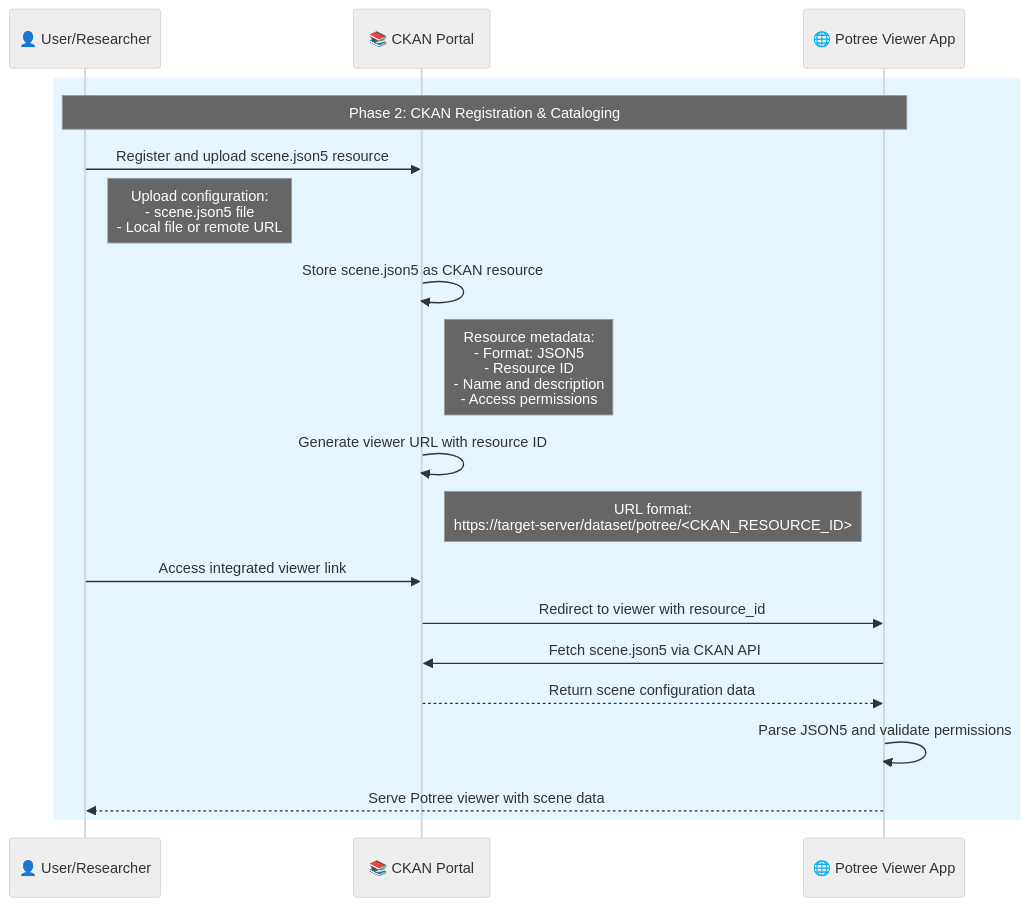
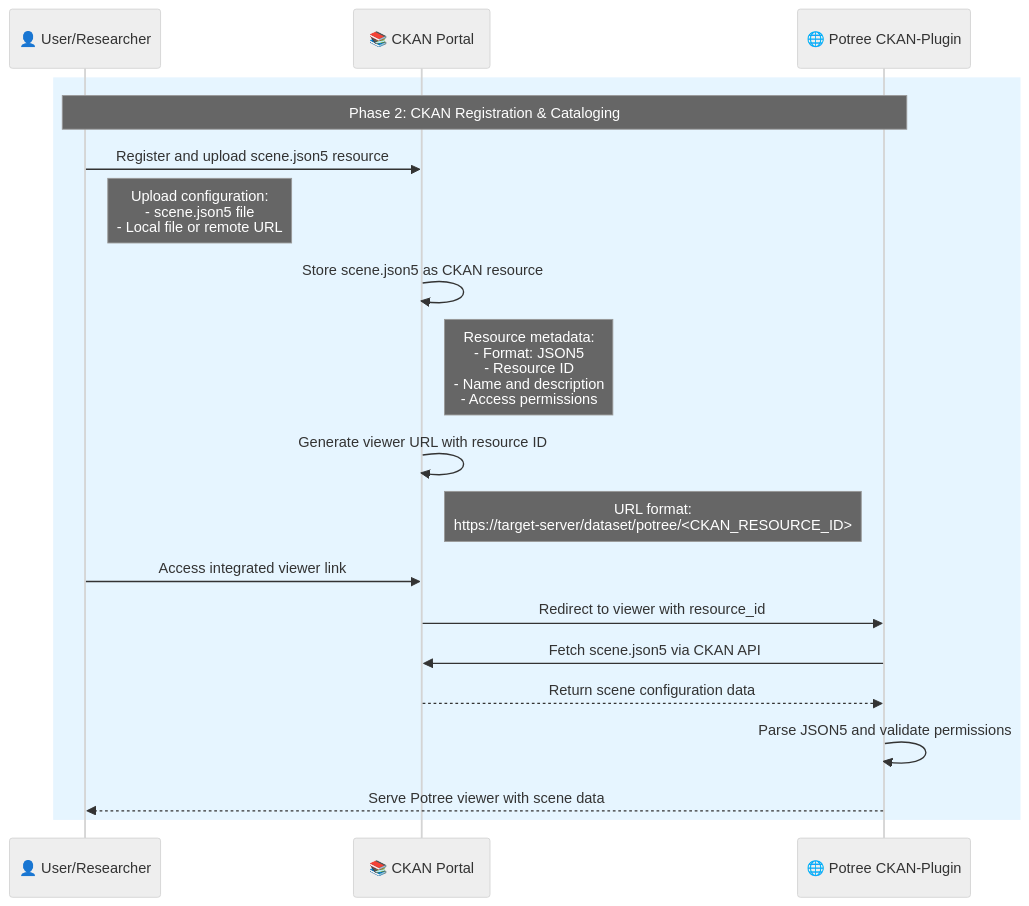
One commit to In-For-Disaster-Analytics/ckan-docker changed the second of 5 diagrams in src/ckanext-potree/README-pipeline.md. Above: the diagram before and after it, drawn with Mermaid. The commit also changed other lines of this file, not shown here.

````diff
--- a/src/ckanext-potree/README-pipeline.md
+++ b/src/ckanext-potree/README-pipeline.md
@@ -125,28 +144,28 @@
 ```mermaid
 %%{ init : { "theme" : "neutral", "themeVariables" : { "primaryColor" : "#fff", "primaryTextColor" : "#000", "primaryBorderColor" : "#000", "lineColor" : "#000", "secondaryColor" : "#f8f8f8", "tertiaryColor" : "#f0f0f0" }}}%%
 sequenceDiagram
     participant User as 👤 User/Researcher
     participant CKAN as 📚 CKAN Portal
-    participant Django as 🌐 Potree Viewer App
+    participant PotreePlugin as 🌐 Potree CKAN-Plugin
 
     %% CKAN Registration Phase
     rect rgb(230, 245, 255)
-        Note over User,Django: Phase 2: CKAN Registration & Cataloging
+        Note over User,PotreePlugin: Phase 2: CKAN Registration & Cataloging
         User->>CKAN: Register and upload scene.json5 resource
         Note right of User: Upload configuration:<br/>- scene.json5 file<br/>- Local file or remote URL
 
         CKAN->>CKAN: Store scene.json5 as CKAN resource
         Note right of CKAN: Resource metadata:<br/>- Format: JSON5<br/>- Resource ID<br/>- Name and description<br/>- Access permissions
 
         CKAN->>CKAN: Generate viewer URL with resource ID
         Note right of CKAN: URL format:<br/>https://target-server/dataset/potree/<CKAN_RESOURCE_ID>
 
         User->>CKAN: Access integrated viewer link
-        CKAN->>Django: Redirect to viewer with resource_id
-        Django->>CKAN: Fetch scene.json5 via CKAN API
-        CKAN-->>Django: Return scene configuration data
-        Django->>Django: Parse JSON5 and validate permissions
-        Django-->>User: Serve Potree viewer with scene data
+        CKAN->>PotreePlugin: Redirect to viewer with resource_id
+        PotreePlugin->>CKAN: Fetch scene.json5 via CKAN API
+        CKAN-->>PotreePlugin: Return scene configuration data
+        PotreePlugin->>PotreePlugin: Parse JSON5 and validate permissions
+        PotreePlugin-->>User: Serve Potree viewer with scene data
     end
 
 ```
````
